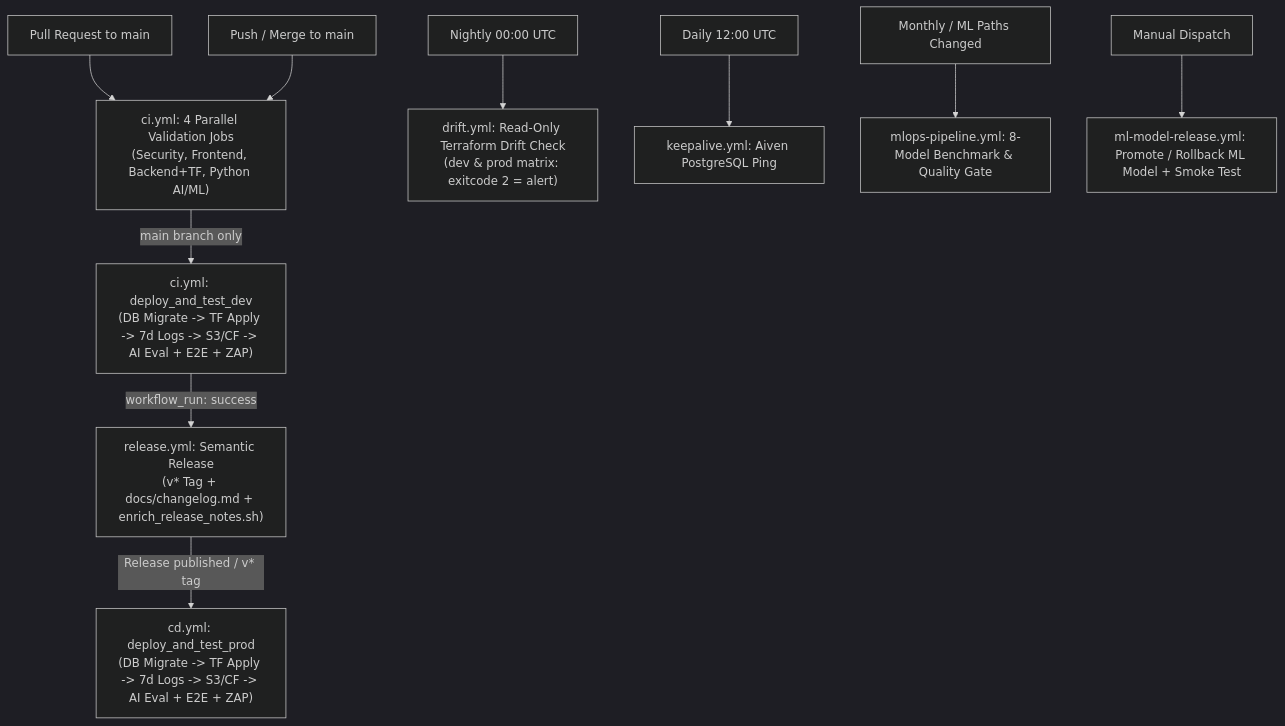
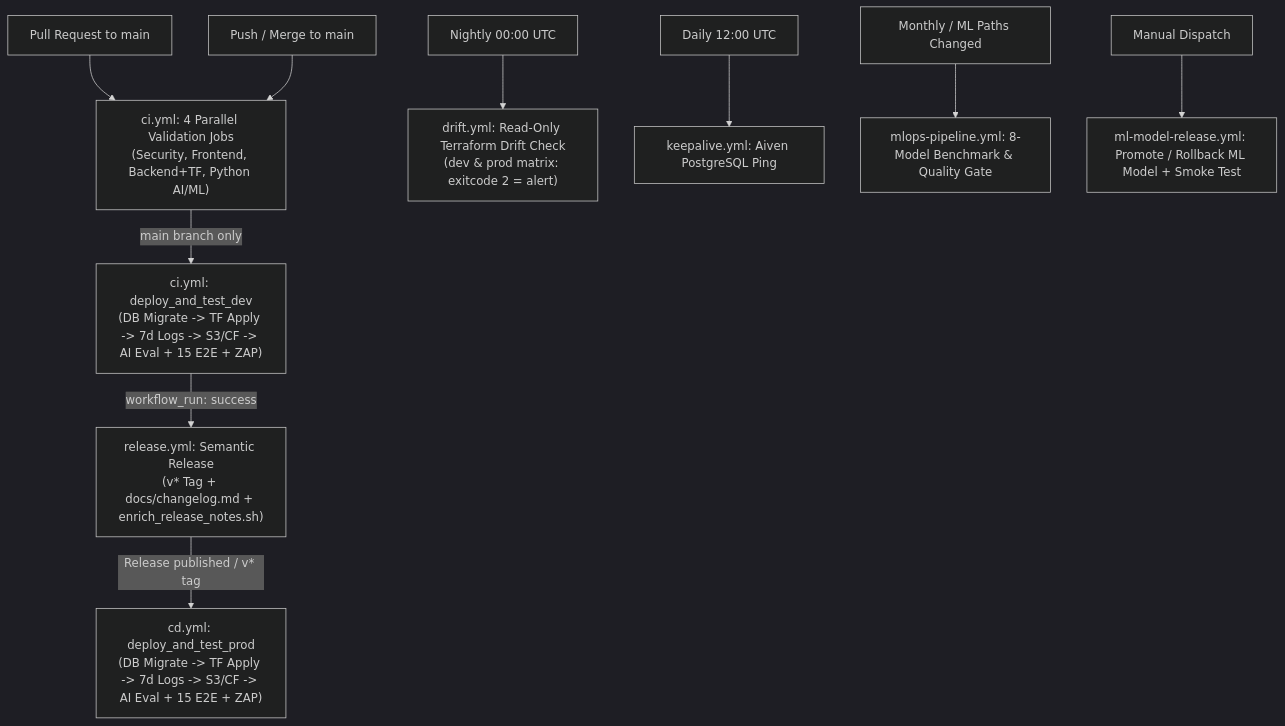
One commit to venkatesh-singamsetty/cricscore changed the diagram in docs/github_actions.md. Above: the diagram before and after it, drawn with Mermaid (dark theme). The commit also changed other lines of this file and 42 other files, not shown here.

````diff
--- a/docs/github_actions.md
+++ b/docs/github_actions.md
@@ -5,13 +5,13 @@
 ```mermaid
 flowchart TD
     PR["Pull Request to main"] --> CI_VAL["ci.yml: 4 Parallel Validation Jobs\n(Security, Frontend, Backend+TF, Python AI/ML)"]
     PUSH["Push / Merge to main"] --> CI_VAL
-    CI_VAL -->|main branch only| DEV["ci.yml: deploy_and_test_dev\n(DB Migrate -> TF Apply -> 7d Logs -> S3/CF -> AI Eval + E2E + ZAP)"]
+    CI_VAL -->|main branch only| DEV["ci.yml: deploy_and_test_dev\n(DB Migrate -> TF Apply -> 7d Logs -> S3/CF -> AI Eval + 15 E2E + ZAP)"]
     DEV -->|workflow_run: success| REL["release.yml: Semantic Release\n(v* Tag + docs/changelog.md + enrich_release_notes.sh)"]
-    REL -->|Release published / v* tag| PROD["cd.yml: deploy_and_test_prod\n(DB Migrate -> TF Apply -> 7d Logs -> S3/CF -> AI Eval + E2E + ZAP)"]
+    REL -->|Release published / v* tag| PROD["cd.yml: deploy_and_test_prod\n(DB Migrate -> TF Apply -> 7d Logs -> S3/CF -> AI Eval + 15 E2E + ZAP)"]
 
     CRON_D["Nightly 00:00 UTC"] --> DRIFT["drift.yml: Read-Only Terraform Drift Check\n(dev & prod matrix: exitcode 2 = alert)"]
     CRON_K["Daily 12:00 UTC"] --> KEEP["keepalive.yml: Aiven PostgreSQL Ping"]
     CRON_M["Monthly / ML Paths Changed"] --> MLOPS["mlops-pipeline.yml: 8-Model Benchmark & Quality Gate"]
     DISPATCH_M["Manual Dispatch"] --> MLREL["ml-model-release.yml: Promote / Rollback ML Model + Smoke Test"]
 ```
````
